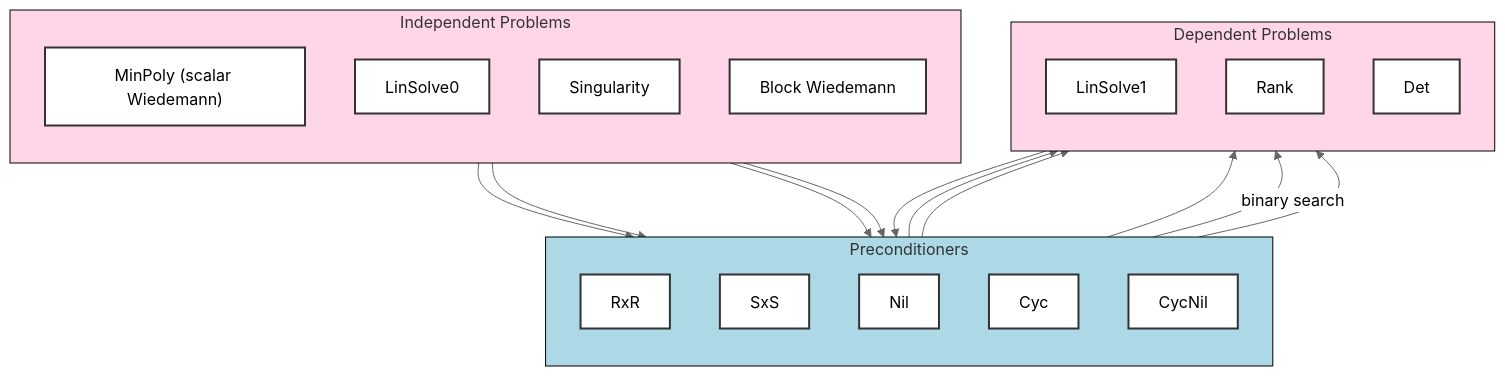
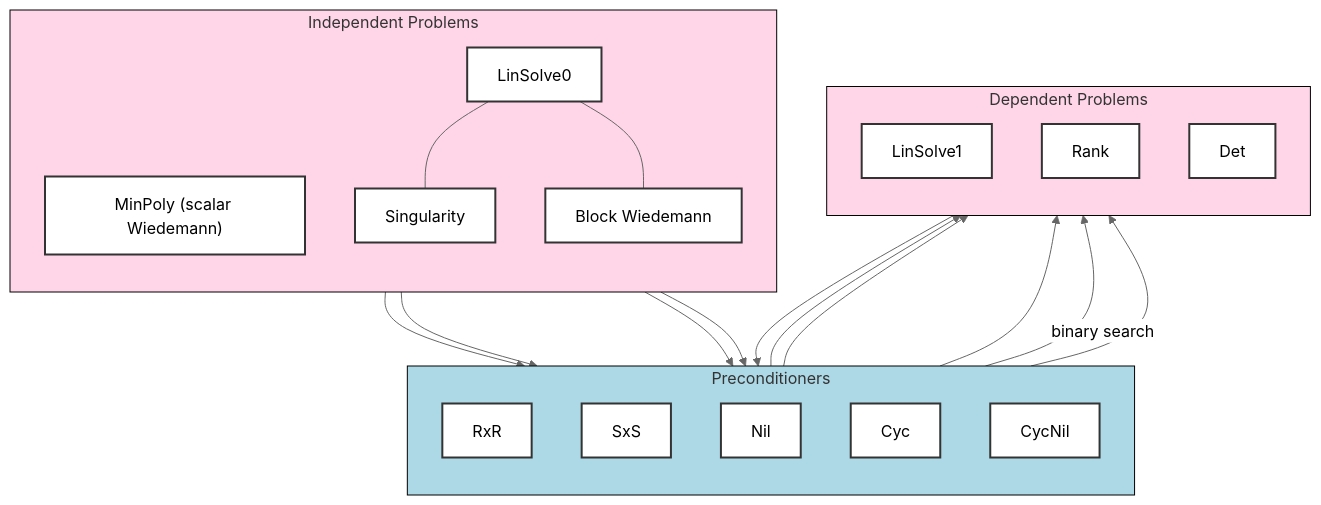
Before and after one commit to nguyen-trinhtk/blackbox-linalg: the diagram in notebooks/relationship.md, drawn with Mermaid (neutral theme).

Commit message:
Refactor styles and fix Singularity label

````diff
--- a/notebooks/relationship.md
+++ b/notebooks/relationship.md
@@ -1,65 +1,69 @@
 ```mermaid
 graph TD
   style Column1 fill:#ffd6e8,stroke:#000,stroke-width:1px
   style Column3 fill:#ffd6e8,stroke:#000,stroke-width:1px
   style Column2 fill:#add8e6,stroke:#000,stroke-width:1px
   
   %% Subgraph Column 1 (pink)
   subgraph Column1["Independent Problems"]
     direction TB
     MinPoly["MinPoly (scalar Wiedemann)"]
     LinSolve0["LinSolve0"]
-    Singularity["Singularity<br>"]
+    Singularity["Singularity"]
     BlockWiedemann["Block Wiedemann"]
 
-    style MinPoly fill:#fff,stroke:#333,stroke-width:2px,padding:0px,margin:0px
-    style LinSolve0 fill:#fff,stroke:#333,stroke-width:2px,padding:0px,margin:0px
-    style Singularity fill:#fff,stroke:#333,stroke-width:2px,padding:0px,margin:0px
-    style BlockWiedemann fill:#fff,stroke:#333,stroke-width:2px,padding:0px,margin:0px
+    style MinPoly fill:#fff,stroke:#333,stroke-width:2px
+    style LinSolve0 fill:#fff,stroke:#333,stroke-width:2px
+    style Singularity fill:#fff,stroke:#333,stroke-width:2px
+    style BlockWiedemann fill:#fff,stroke:#333,stroke-width:2px
   end
 
   %% Subgraph Column 2 (blue)
   subgraph Column2["Preconditioners"]
     direction TB
     RxR["RxR"]
     SxS["SxS"]
     Nil["Nil"]
     Cyc["Cyc"]
     CycNil["CycNil"]
 
-    style RxR fill:#fff,stroke:#333,stroke-width:2px,padding:0px,margin:0px
-    style SxS fill:#fff,stroke:#333,stroke-width:2px,padding:0px,margin:0px
-    style Nil fill:#fff,stroke:#333,stroke-width:2px,padding:0px,margin:0px
-    style Cyc fill:#fff,stroke:#333,stroke-width:2px,padding:0px,margin:0px
-    style CycNil fill:#fff,stroke:#333,stroke-width:2px,padding:0px,margin:0px
+    style RxR fill:#fff,stroke:#333,stroke-width:2px
+    style SxS fill:#fff,stroke:#333,stroke-width:2px
+    style Nil fill:#fff,stroke:#333,stroke-width:2px
+    style Cyc fill:#fff,stroke:#333,stroke-width:2px
+    style CycNil fill:#fff,stroke:#333,stroke-width:2px
   end
 
   %% Subgraph Column 3 (pink)
   subgraph Column3["Dependent Problems"]
     direction TB
     LinSolve1["LinSolve1"]
     Rank["Rank"]
     Det["Det"]
 
-    style LinSolve1 fill:#fff,stroke:#333,stroke-width:2px,padding:0px,margin:0px
-    style Rank fill:#fff,stroke:#333,stroke-width:2px,padding:0px,margin:0px
-    style Det fill:#fff,stroke:#333,stroke-width:2px,padding:0px,margin:0px
+    style LinSolve1 fill:#fff,stroke:#333,stroke-width:2px
+    style Rank fill:#fff,stroke:#333,stroke-width:2px
+    style Det fill:#fff,stroke:#333,stroke-width:2px
   end
+
+  %% Invisible edges to force vertical placement under LinSolve0
+  LinSolve0 --- Singularity
+  LinSolve0 --- BlockWiedemann
 
   %% Connections across columns
   MinPoly --> Cyc
   Cyc --> Det
 
   BlockWiedemann --> Nil
   Nil --> LinSolve1
 
   Rank --> RxR
   RxR --> LinSolve1
 
   Singularity --> SxS
   SxS -- "binary search" --> Rank
 
   MinPoly --> CycNil
   CycNil --> Rank
 
 ```
````
